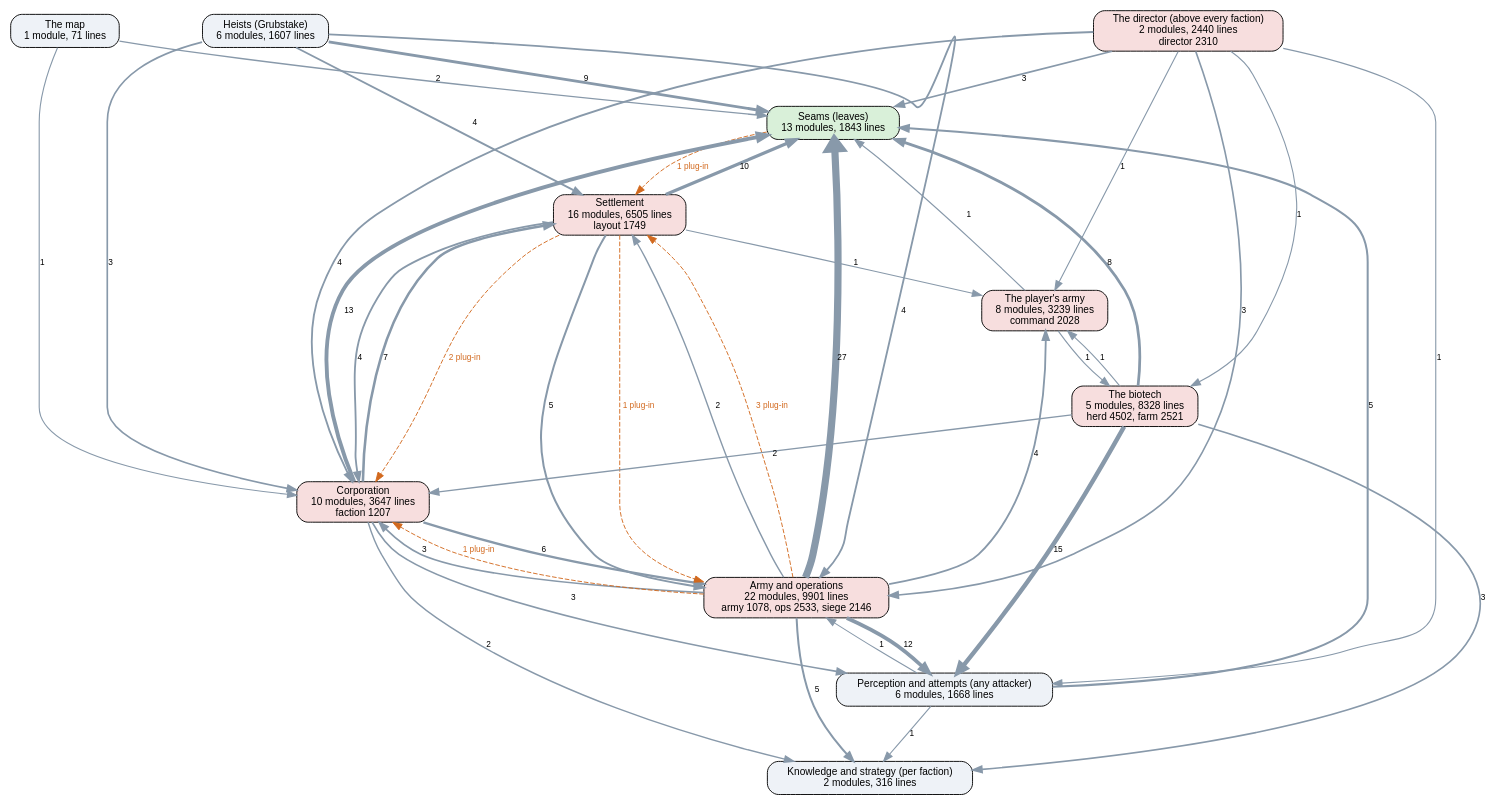
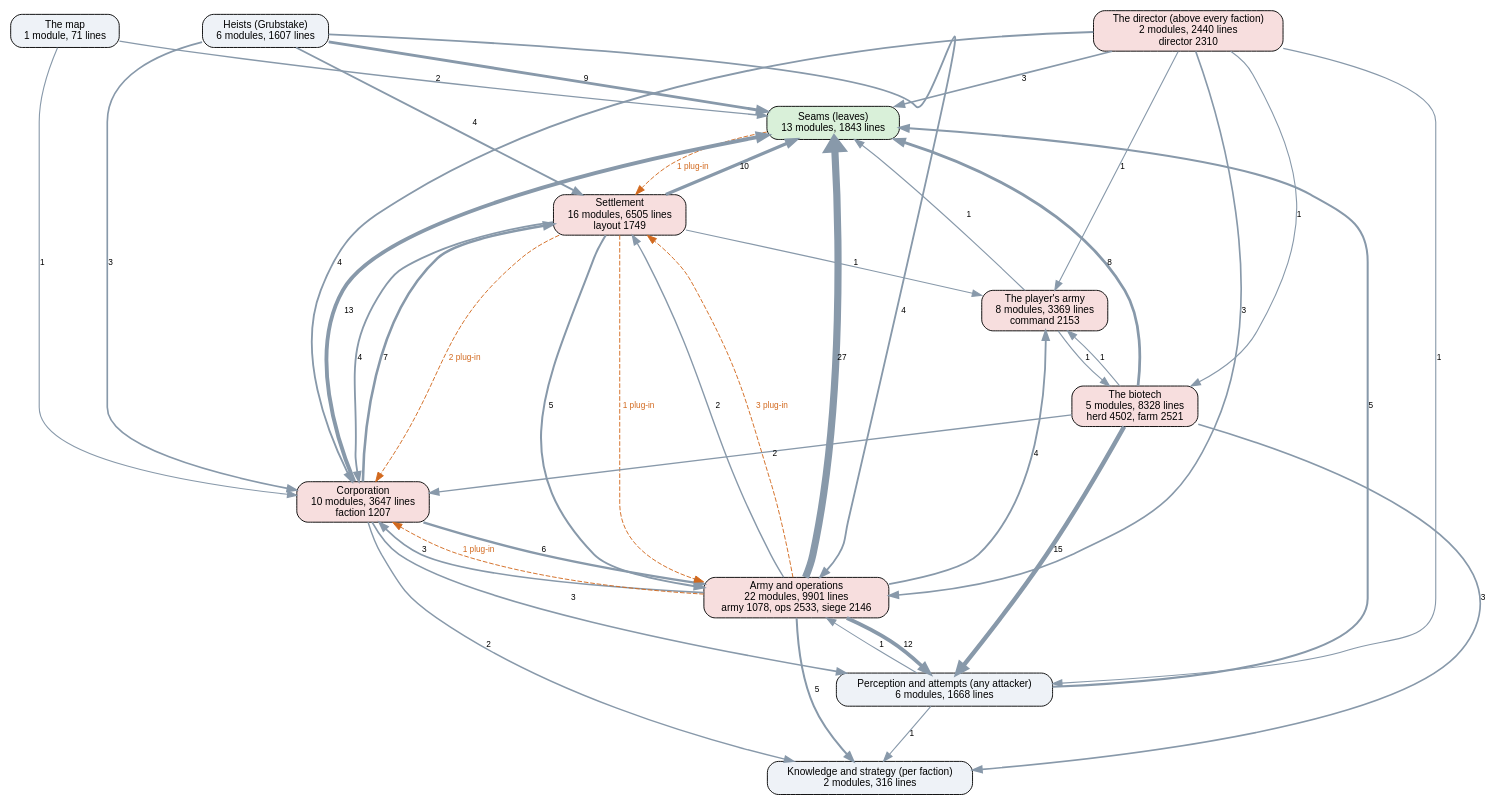
The diagram in docs/ai-layers.dot (kinelhu/landing-party), drawn with Graphviz before and after one commit. The commit also changed 18 other files, not shown here.

```diff
--- a/docs/ai-layers.dot
+++ b/docs/ai-layers.dot
@@ -1,58 +1,58 @@
 digraph layers {
   graph [rankdir=TB, fontname="Helvetica", nodesep=0.5, ranksep=0.7];
   node [shape=box, style="rounded,filled", fontname="Helvetica", fontsize=11, fillcolor="#eef2f7"];
   edge [color="#8899aa", fontname="Helvetica", fontsize=9];
   "Seams (leaves)" [label="Seams (leaves)\n13 modules, 1843 lines", fillcolor="#d9f0d9"];
   "Perception and attempts (any attacker)" [label="Perception and attempts (any attacker)\n6 modules, 1668 lines", fillcolor="#eef2f7"];
   "Knowledge and strategy (per faction)" [label="Knowledge and strategy (per faction)\n2 modules, 316 lines", fillcolor="#eef2f7"];
   "The director (above every faction)" [label="The director (above every faction)\n2 modules, 2440 lines\ndirector 2310", fillcolor="#f7dede"];
   "Corporation" [label="Corporation\n10 modules, 3647 lines\nfaction 1207", fillcolor="#f7dede"];
   "Settlement" [label="Settlement\n16 modules, 6505 lines\nlayout 1749", fillcolor="#f7dede"];
   "Army and operations" [label="Army and operations\n22 modules, 9901 lines\narmy 1078, ops 2533, siege 2146", fillcolor="#f7dede"];
   "Heists (Grubstake)" [label="Heists (Grubstake)\n6 modules, 1607 lines", fillcolor="#eef2f7"];
   "The biotech" [label="The biotech\n5 modules, 8328 lines\nherd 4502, farm 2521", fillcolor="#f7dede"];
   "The map" [label="The map\n1 module, 71 lines", fillcolor="#eef2f7"];
-  "The player's army" [label="The player's army\n8 modules, 3239 lines\ncommand 2028", fillcolor="#f7dede"];
+  "The player's army" [label="The player's army\n8 modules, 3369 lines\ncommand 2153", fillcolor="#f7dede"];
   "Army and operations" -> "Corporation" [label="3", penwidth=1.8];
   "Army and operations" -> "Knowledge and strategy (per faction)" [label="5", penwidth=2.2];
   "Army and operations" -> "Perception and attempts (any attacker)" [label="12", penwidth=4.0];
   "Army and operations" -> "Seams (leaves)" [label="27", penwidth=7.8];
   "Army and operations" -> "Settlement" [label="2", penwidth=1.5];
   "Army and operations" -> "The player's army" [label="4", penwidth=2.0];
   "Corporation" -> "Army and operations" [label="6", penwidth=2.5];
   "Corporation" -> "Knowledge and strategy (per faction)" [label="2", penwidth=1.5];
   "Corporation" -> "Perception and attempts (any attacker)" [label="3", penwidth=1.8];
   "Corporation" -> "Seams (leaves)" [label="13", penwidth=4.2];
   "Corporation" -> "Settlement" [label="7", penwidth=2.8];
   "Heists (Grubstake)" -> "Army and operations" [label="4", penwidth=2.0];
   "Heists (Grubstake)" -> "Corporation" [label="3", penwidth=1.8];
   "Heists (Grubstake)" -> "Seams (leaves)" [label="9", penwidth=3.2];
   "Heists (Grubstake)" -> "Settlement" [label="4", penwidth=2.0];
   "Perception and attempts (any attacker)" -> "Army and operations" [label="1", penwidth=1.2];
   "Perception and attempts (any attacker)" -> "Knowledge and strategy (per faction)" [label="1", penwidth=1.2];
   "Perception and attempts (any attacker)" -> "Seams (leaves)" [label="5", penwidth=2.2];
   "Settlement" -> "Army and operations" [label="5", penwidth=2.2];
   "Settlement" -> "Corporation" [label="4", penwidth=2.0];
   "Settlement" -> "Seams (leaves)" [label="10", penwidth=3.5];
   "Settlement" -> "The player's army" [label="1", penwidth=1.2];
   "The biotech" -> "Corporation" [label="2", penwidth=1.5];
   "The biotech" -> "Knowledge and strategy (per faction)" [label="3", penwidth=1.8];
   "The biotech" -> "Perception and attempts (any attacker)" [label="15", penwidth=4.8];
   "The biotech" -> "Seams (leaves)" [label="8", penwidth=3.0];
   "The biotech" -> "The player's army" [label="1", penwidth=1.2];
   "The director (above every faction)" -> "Army and operations" [label="3", penwidth=1.8];
   "The director (above every faction)" -> "Corporation" [label="4", penwidth=2.0];
   "The director (above every faction)" -> "Perception and attempts (any attacker)" [label="1", penwidth=1.2];
   "The director (above every faction)" -> "Seams (leaves)" [label="3", penwidth=1.8];
   "The director (above every faction)" -> "The biotech" [label="1", penwidth=1.2];
   "The director (above every faction)" -> "The player's army" [label="1", penwidth=1.2];
   "The map" -> "Corporation" [label="1", penwidth=1.2];
   "The map" -> "Seams (leaves)" [label="2", penwidth=1.5];
   "The player's army" -> "Seams (leaves)" [label="1", penwidth=1.2];
   "The player's army" -> "The biotech" [label="1", penwidth=1.2];
   "Army and operations" -> "Corporation" [style=dashed, color="#d2691e", fontcolor="#d2691e", label="1 plug-in"];
   "Army and operations" -> "Settlement" [style=dashed, color="#d2691e", fontcolor="#d2691e", label="3 plug-in"];
   "Seams (leaves)" -> "Settlement" [style=dashed, color="#d2691e", fontcolor="#d2691e", label="1 plug-in"];
   "Settlement" -> "Army and operations" [style=dashed, color="#d2691e", fontcolor="#d2691e", label="1 plug-in"];
   "Settlement" -> "Corporation" [style=dashed, color="#d2691e", fontcolor="#d2691e", label="2 plug-in"];
 }
```
